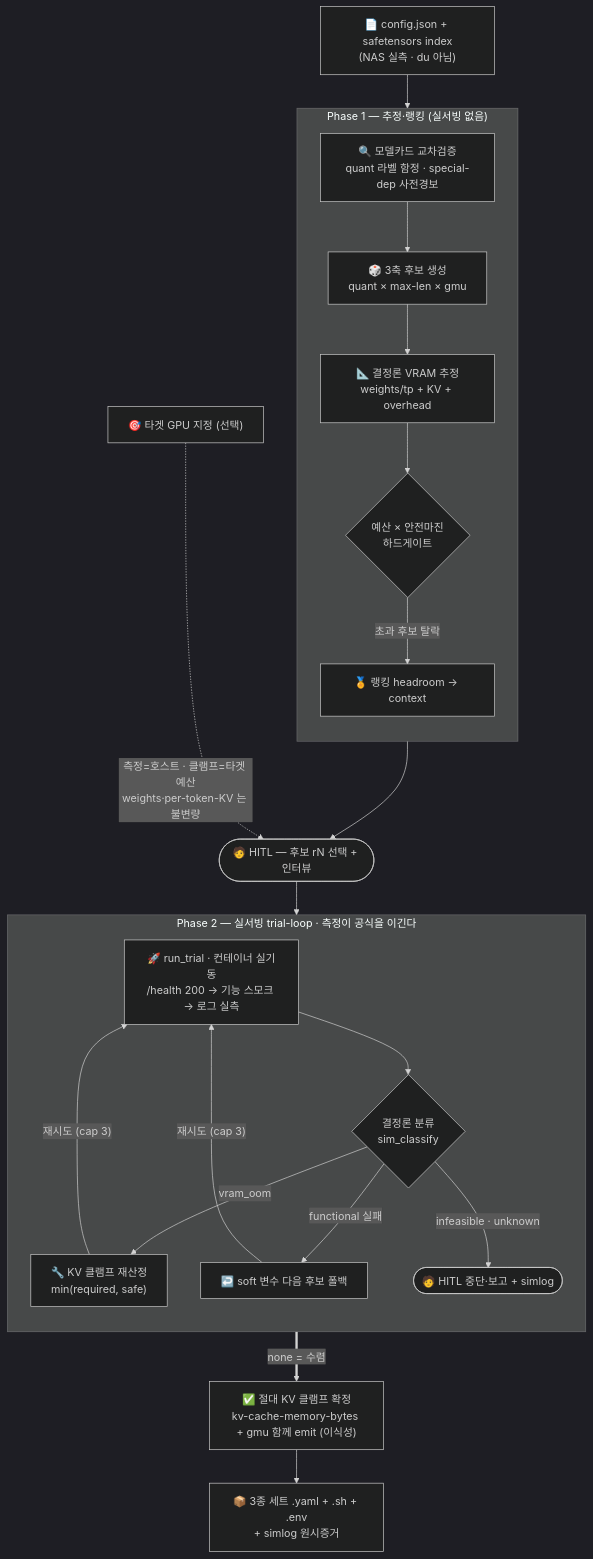
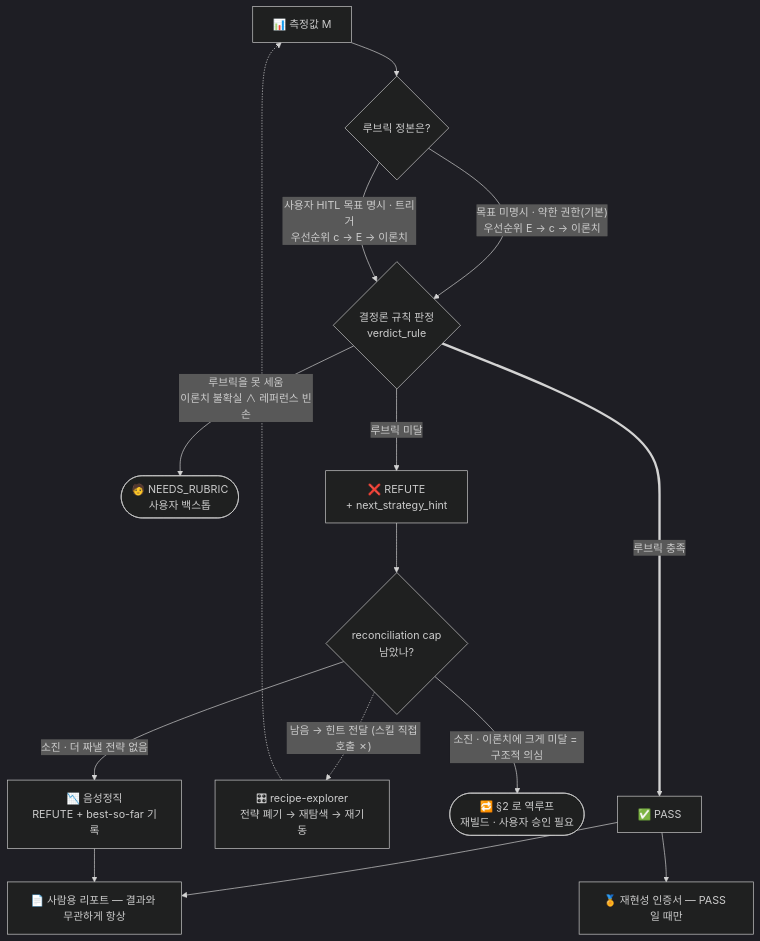
The third of 4 diagrams in README.md (tbvjvsladla/easy_vllm_simulator), drawn with Mermaid (dark theme) before and after one commit. The commit also changed other lines of this file and 7 other files, not shown here.

````diff
--- a/README.md
+++ b/README.md
@@ -437,29 +448,33 @@
 ```mermaid
 flowchart TD
-    CFG["📄 config.json + safetensors index<br/>(NAS 실측 · du 아님)"] --> XCHK["🔍 모델카드 교차검증<br/>quant 라벨 함정 · special-dep 사전경보"]
+    M["📊 측정값 M"]
+    AUTH{"루브릭 정본은?"}
+    V{"결정론 규칙 판정<br/>verdict_rule"}
+    NR(["🧑 NEEDS_RUBRIC<br/>사용자 백스톱"])
+    PASS["✅ PASS"]
+    REF["❌ REFUTE<br/>+ next_strategy_hint"]
+    CAP{"reconciliation cap<br/>남았나?"}
+    RE["🎛 recipe-explorer<br/>전략 폐기 → 재탐색 → 재기동"]
+    ESC(["🔁 §2 로 역루프<br/>재빌드 · 사용자 승인 필요"])
+    HON["📉 음성정직<br/>REFUTE + best-so-far 기록"]
+    RPT["📄 사람용 리포트 — 결과와 무관하게 항상"]
+    CERT["🏅 재현성 인증서 — PASS 일 때만"]
 
-    subgraph P1 ["Phase 1 — 추정·랭킹 (실서빙 없음)"]
-        direction TB
-        XCHK --> GEN["🎲 3축 후보 생성<br/>quant × max-len × gmu"]
-        GEN --> EST["📐 결정론 VRAM 추정<br/>weights/tp + KV + overhead"]
-        EST --> GATE{"예산 × 안전마진<br/>하드게이트"}
-        GATE -- "초과 후보 탈락" --> RANK["🏅 랭킹 headroom → context"]
-    end
-    RANK --> PICK(["🧑 HITL — 후보 rN 선택 + 인터뷰"])
+    M --> AUTH
+    AUTH -- "목표 미명시 · 약한 권한(기본)<br/>우선순위 E → c → 이론치" --> V
+    AUTH -- "사용자 HITL 목표 명시 · 트리거<br/>우선순위 c → E → 이론치" --> V
 
-    subgraph P2 ["Phase 2 — 실서빙 trial-loop · 측정이 공식을 이긴다"]
-        direction TB
-        TRIAL["🚀 run_trial · 컨테이너 실기동<br/>/health 200 → 기능 스모크 → 로그 실측"]
-        TRIAL --> CLS{"결정론 분류<br/>sim_classify"}
-        CLS -- "vram_oom" --> ADJ["🔧 KV 클램프 재산정<br/>min(required, safe)"]
-        CLS -- "functional 실패" --> FB["↩️ soft 변수 다음 후보 폴백"]
-        ADJ -- "재시도 (cap 3)" --> TRIAL
-        FB -- "재시도 (cap 3)" --> TRIAL
-        CLS -- "infeasible · unknown" --> HALT(["🧑 HITL 중단·보고 + simlog"])
-    end
-    PICK --> TRIAL
-    CLS == "none = 수렴" ==> DONE["✅ 절대 KV 클램프 확정<br/>kv-cache-memory-bytes + gmu 함께 emit (이식성)"]
-    DONE --> SET["📦 3종 세트 .yaml + .sh + .env<br/>+ simlog 원시증거"]
+    V -- "루브릭을 못 세움<br/>이론치 불확실 ∧ 레퍼런스 빈손" --> NR
+    V == "루브릭 충족" ==> PASS
+    V -- "루브릭 미달" --> REF
 
-    TGT["🎯 타겟 GPU 지정 (선택)"] -. "측정=호스트 · 클램프=타겟 예산<br/>weights·per-token-KV 는 불변량" .-> PICK
+    REF --> CAP
+    CAP -.->|"남음 → 힌트 전달 (스킬 직접호출 ✗)"| RE
+    RE -.-> M
+    CAP -- "소진 · 이론치에 크게 미달 = 구조적 의심" --> ESC
+    CAP -- "소진 · 더 짜낼 전략 없음" --> HON
+
+    PASS --> RPT
+    PASS --> CERT
+    HON --> RPT
 ```
````
